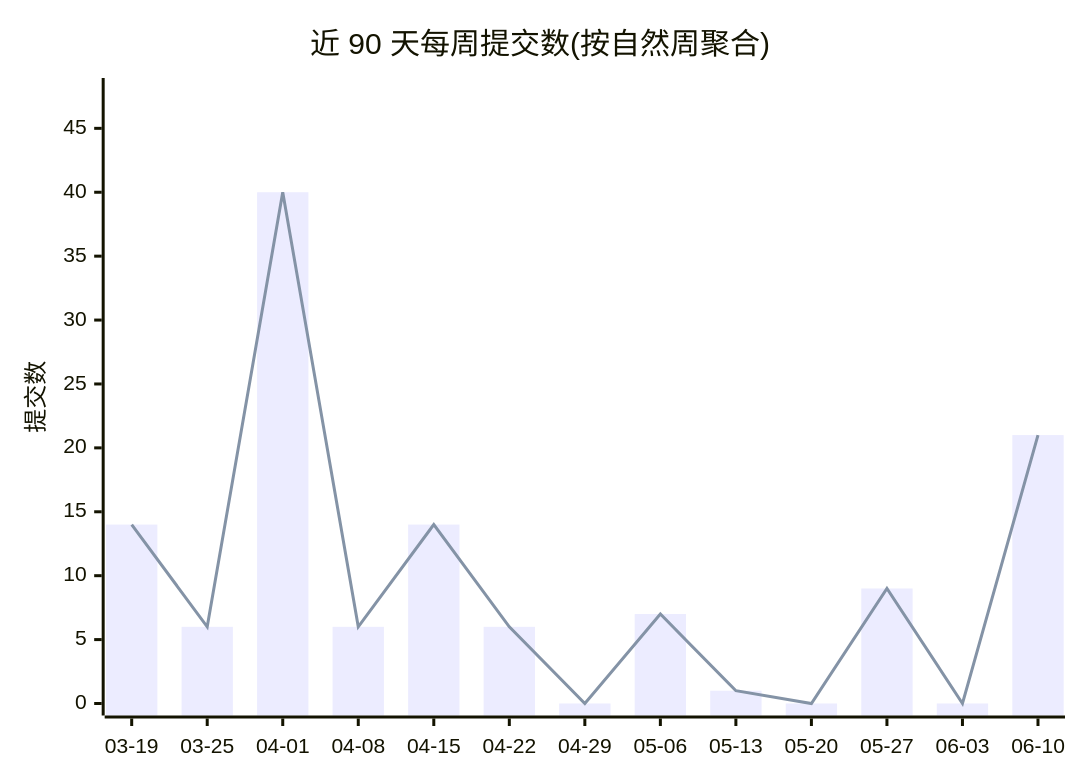
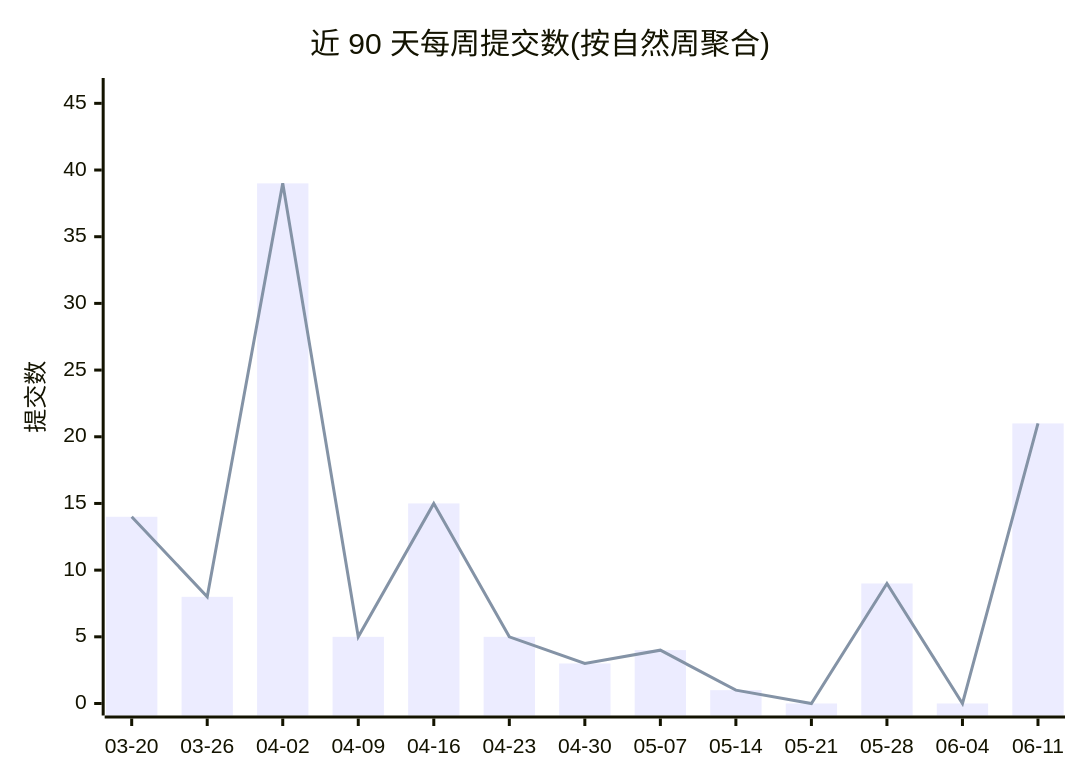
The first of 2 diagrams in profile/README.md (Conflux-Union/.github), drawn with Mermaid before and after one commit. The commit also changed other lines of this file and 1 other file, not shown here.

Commit message:
chore(stats): refresh org commit stats

````diff
--- a/profile/README.md
+++ b/profile/README.md
@@ -44,8 +44,8 @@
 ```mermaid
 xychart-beta
     title "近 90 天每周提交数(按自然周聚合)"
-    x-axis ["03-19", "03-25", "04-01", "04-08", "04-15", "04-22", "04-29", "05-06", "05-13", "05-20", "05-27", "06-03", "06-10"]
-    y-axis "提交数" 0 --> 48
-    bar [14, 6, 40, 6, 14, 6, 0, 7, 1, 0, 9, 0, 21]
-    line [14, 6, 40, 6, 14, 6, 0, 7, 1, 0, 9, 0, 21]
+    x-axis ["03-20", "03-26", "04-02", "04-09", "04-16", "04-23", "04-30", "05-07", "05-14", "05-21", "05-28", "06-04", "06-11"]
+    y-axis "提交数" 0 --> 46
+    bar [14, 8, 39, 5, 15, 5, 3, 4, 1, 0, 9, 0, 21]
+    line [14, 8, 39, 5, 15, 5, 3, 4, 1, 0, 9, 0, 21]
 ```
````
